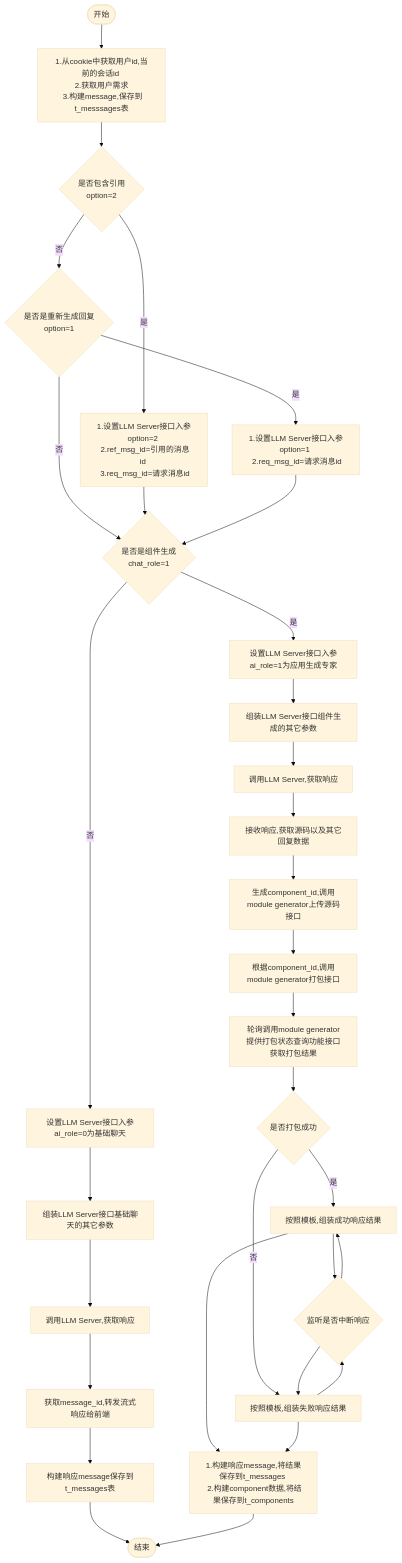
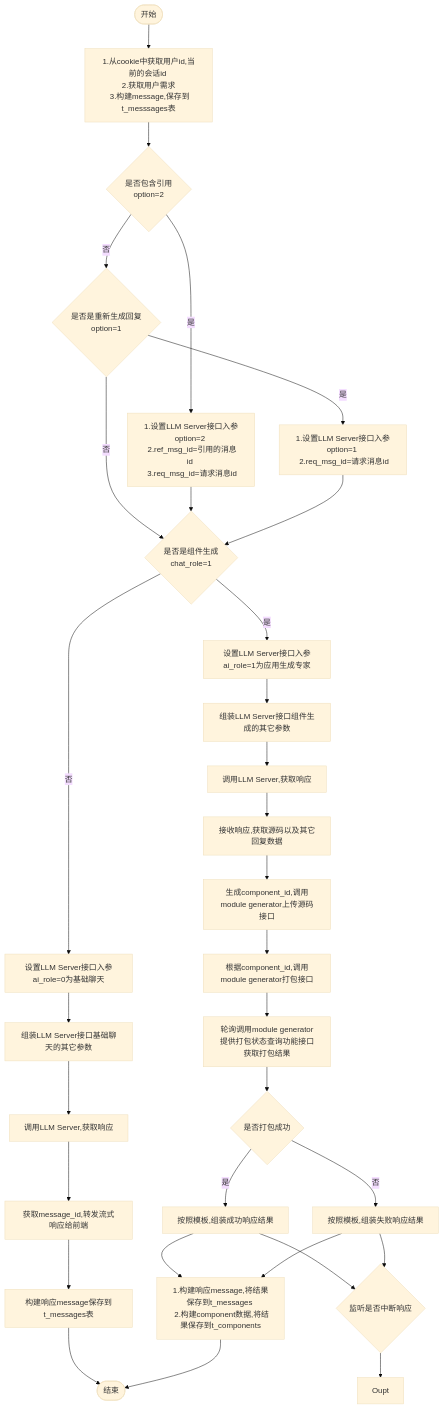
The diagram in all/w3-会话-不需要传递message.md (yingjianzh/iodraw-files), drawn with Mermaid (base theme) before and after one commit.

Commit message:
2024-10-15 15:12:54 update

````diff
--- a/all/w3-会话-不需要传递message.md
+++ b/all/w3-会话-不需要传递message.md
@@ -1,36 +1,36 @@
 ```mermaid
 flowchart TD
     A([开始]) --> B[1.从cookie中获取用户id,当前的会话id \n 2.获取用户需求 \n 3.构建message,保存到t_messsages表]
     B--> D{是否包含引用 \n option=2}
     D -- 是 --> E[1.设置LLM Server接口入参option=2 \n 2.ref_msg_id=引用的消息id \n 3.req_msg_id=请求消息id]
     D -- 否 --> F{是否是重新生成回复\n option=1}
     F -- 是 --> G[1.设置LLM Server接口入参option=1 \n 2.req_msg_id=请求消息id]
     F -- 否 --> I
      
     E & G --> I{是否是组件生成 \n chat_role=1}
     I -- 否 --> K[设置LLM Server接口入参ai_role=0为基础聊天]
     I -- 是 --> J[设置LLM Server接口入参ai_role=1为应用生成专家]
     
 
     J --> L[组装LLM Server接口组件生成的其它参数]    
     K --> M[组装LLM Server接口基础聊天的其它参数]    
     M --> N[调用LLM Server,获取响应]    
     N --> O[获取message_id,转发流式响应给前端]
     O --> P[构建响应message保存到t_messages表]
     P --> R([结束])
 
 
     L --> S[调用LLM Server,获取响应]
     S --> T[接收响应,获取源码以及其它回复数据]
     T --> U[生成component_id,调用module generator上传源码接口]
     U --> V[根据component_id,调用module generator打包接口]
     V --> W[轮询调用module generator提供打包状态查询功能接口获取打包结果]
     W --> X{是否打包成功}
     X -- 是 --> Y[按照模板,组装成功响应结果]
     X -- 否 --> Z[按照模板,组装失败响应结果]
     Y & Z --> Done{监听是否中断响应}
-    Done -->
+    Done --> Oupt
 
     Y & Z --> Result[1.构建响应message,将结果保存到t_messages \n 2.构建component数据,将结果保存到t_components]
     Result --> R
 ```
````
